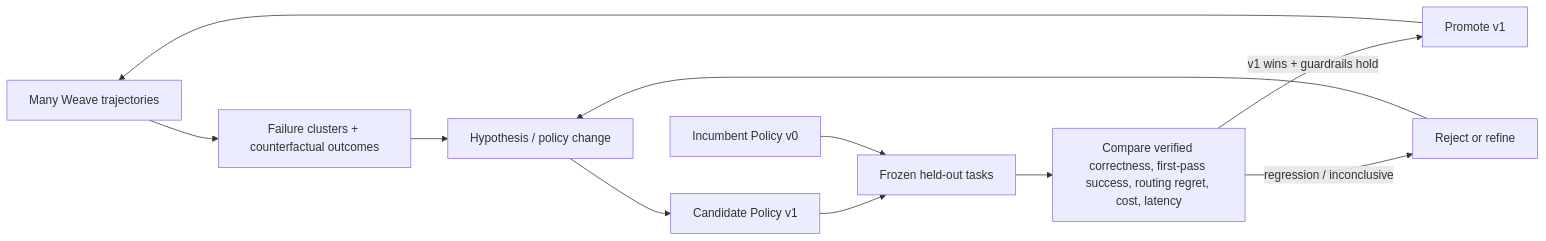
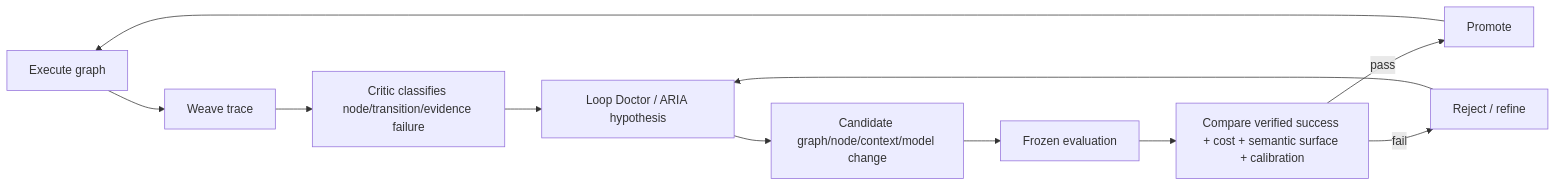
Before and after one commit to jwalin-shah/worldloop: the third of 6 diagrams in docs/ARCHITECTURE.md, drawn with Mermaid. The commit also changed other lines of this file, not shown here.

````diff
--- a/docs/ARCHITECTURE.md
+++ b/docs/ARCHITECTURE.md
@@ -103,13 +104,13 @@
 ```mermaid
 flowchart LR
-    T[Many Weave trajectories] --> F[Failure clusters + counterfactual outcomes]
-    F --> H[Hypothesis / policy change]
-    H --> P1[Candidate Policy v1]
-    P1 --> E[Frozen held-out tasks]
-    P0[Incumbent Policy v0] --> E
-    E --> CMP[Compare verified correctness, first-pass success, routing regret, cost, latency]
-    CMP -->|v1 wins + guardrails hold| UP[Promote v1]
-    CMP -->|regression / inconclusive| NO[Reject or refine]
-    UP --> T
-    NO --> H
+    X[Execute graph] --> W[Weave trace]
+    W --> C[Critic classifies node/transition/evidence failure]
+    C --> D[Loop Doctor / ARIA hypothesis]
+    D --> P[Candidate graph/node/context/model change]
+    P --> E[Frozen evaluation]
+    E --> M[Compare verified success + cost + semantic surface + calibration]
+    M -->|pass| U[Promote]
+    M -->|fail| R[Reject / refine]
+    U --> X
+    R --> D
 ```
````
